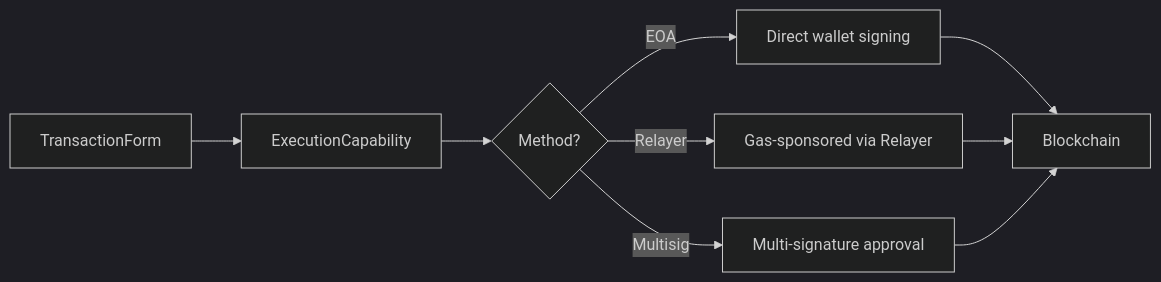
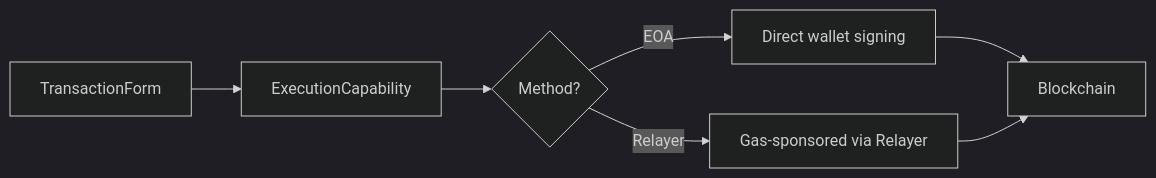
Before and after one commit to OpenZeppelin/docs: the fourth of 5 diagrams in content/tools/uikit/architecture.mdx, drawn with Mermaid (dark theme). The commit also changed other lines of this file, not shown here.

Commit message:
docs(uikit): remove multisig from execution strategies diagram
Multisig is not yet implemented — only EOA and Relayer are available.

````diff
--- a/content/tools/uikit/architecture.mdx
+++ b/content/tools/uikit/architecture.mdx
@@ -170,11 +170,9 @@
 ```mermaid
 flowchart LR
   Form["TransactionForm"] --> Exec["ExecutionCapability"]
   Exec --> Strategy{"Method?"}
   Strategy -->|EOA| EOA["Direct wallet signing"]
   Strategy -->|Relayer| Relay["Gas-sponsored via Relayer"]
-  Strategy -->|Multisig| Multi["Multi-signature approval"]
   EOA --> Chain["Blockchain"]
   Relay --> Chain
-  Multi --> Chain
 ```
````
